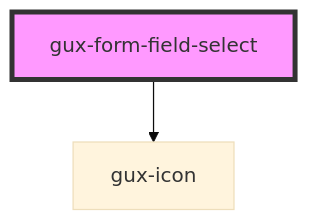
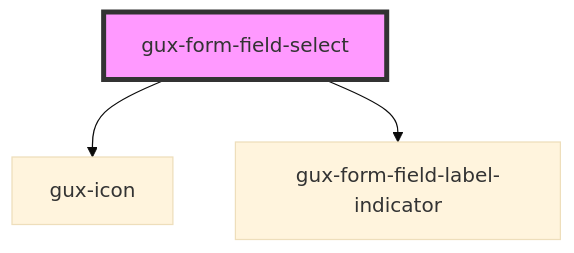
Before and after one commit to MyPureCloud/genesys-spark: the diagram in packages/genesys-spark-components/src/components/stable/gux-form-field/components/gux-form-field-select/readme.md, drawn with Mermaid (base theme). The commit also changed other lines of this file and 49 other files, not shown here.

First line of the commit message:
feat(other): Add form field optional indicator files

````diff
--- a/packages/genesys-spark-components/src/components/stable/gux-form-field/components/gux-form-field-select/readme.md
+++ b/packages/genesys-spark-components/src/components/stable/gux-form-field/components/gux-form-field-select/readme.md
@@ -32,5 +33,6 @@
 ```mermaid
 graph TD;
   gux-form-field-select --> gux-icon
+  gux-form-field-select --> gux-form-field-label-indicator
   style gux-form-field-select fill:#f9f,stroke:#333,stroke-width:4px
 ```
````
